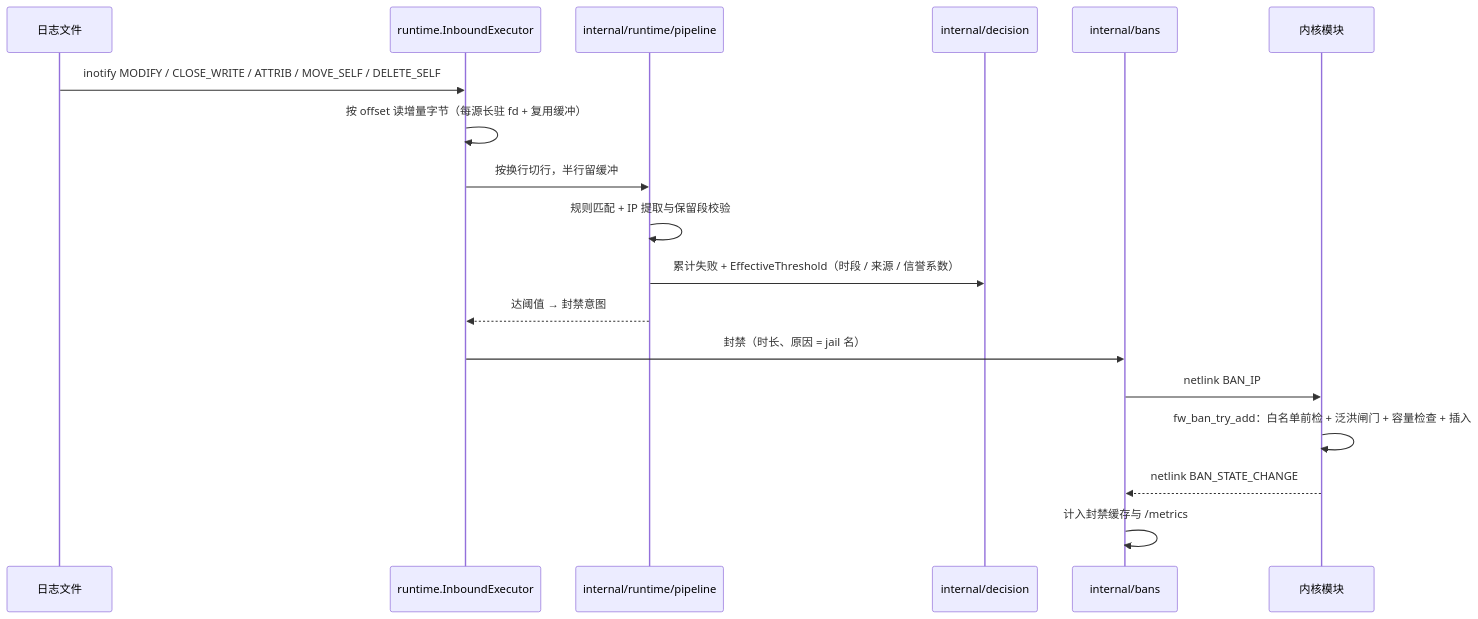
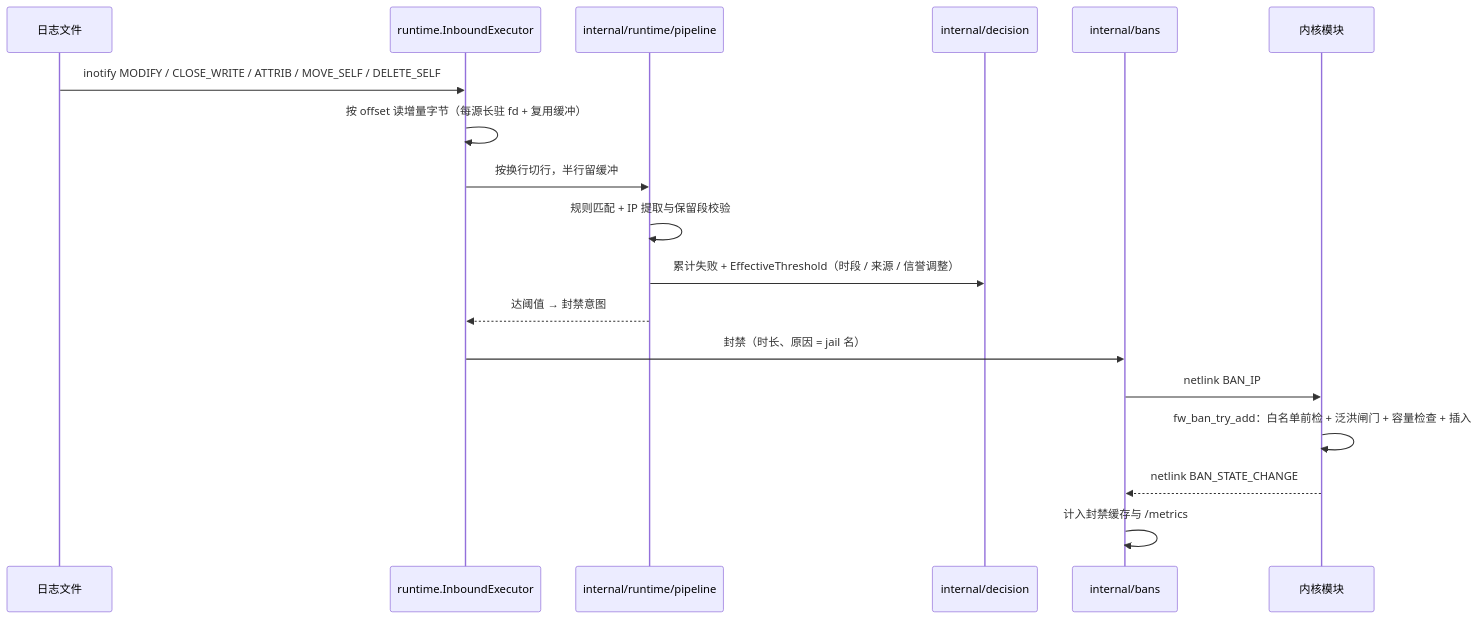
Before and after one commit to SnowCore8/linux-firewall-kmod: the second of 5 diagrams in docs/zh/architecture/data-flow.md, drawn with Mermaid. The commit also changed other lines of this file and 41 other files, not shown here.

````diff
--- a/docs/zh/architecture/data-flow.md
+++ b/docs/zh/architecture/data-flow.md
@@ -155,21 +155,21 @@
 ```mermaid
 sequenceDiagram
     participant Log as 日志文件
     participant EX as runtime.InboundExecutor
     participant Pipe as internal/runtime/pipeline
     participant Win as internal/decision
     participant Ban as internal/bans
     participant Kernel as 内核模块
 
     Log->>EX: inotify MODIFY / CLOSE_WRITE / ATTRIB / MOVE_SELF / DELETE_SELF
     EX->>EX: 按 offset 读增量字节（每源长驻 fd + 复用缓冲）
     EX->>Pipe: 按换行切行，半行留缓冲
     Pipe->>Pipe: 规则匹配 + IP 提取与保留段校验
-    Pipe->>Win: 累计失败 + EffectiveThreshold（时段 / 来源 / 信誉系数）
+    Pipe->>Win: 累计失败 + EffectiveThreshold（时段 / 来源 / 信誉调整）
     Pipe-->>EX: 达阈值 → 封禁意图
     EX->>Ban: 封禁（时长、原因 = jail 名）
     Ban->>Kernel: netlink BAN_IP
     Kernel->>Kernel: fw_ban_try_add：白名单前检 + 泛洪闸门 + 容量检查 + 插入
     Kernel-->>Ban: netlink BAN_STATE_CHANGE
     Ban->>Ban: 计入封禁缓存与 /metrics
 ```
````
